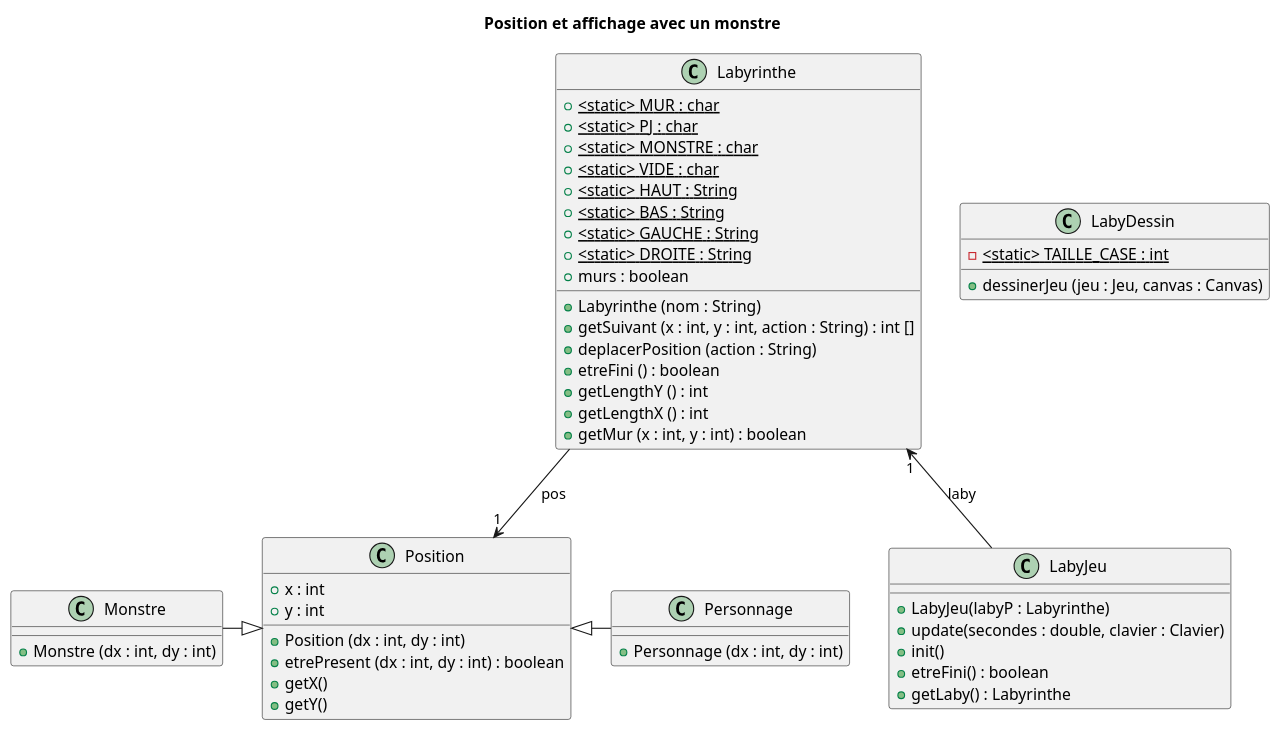
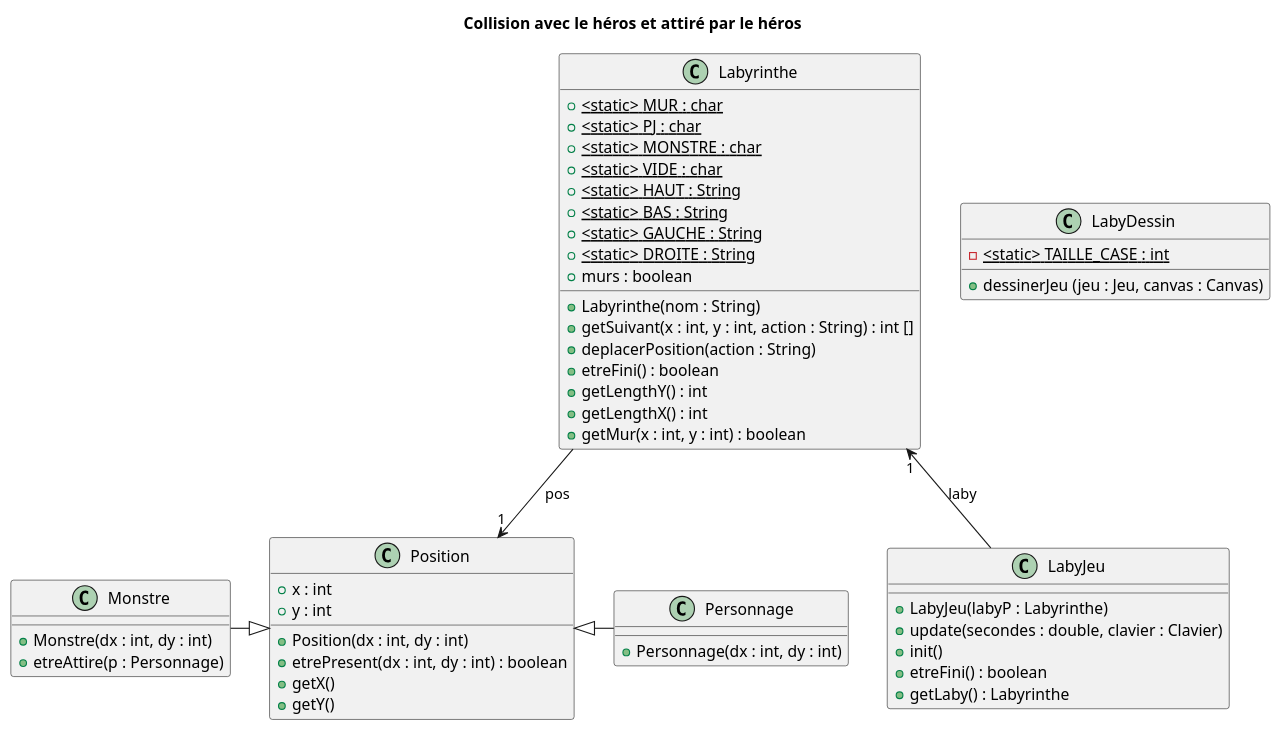
One commit to Hugo-COLLIN/BUT_INFO_S2_2022_Zeldiablo changed the diagram in racine_depot/documents/version_3/diagClass_iter2.puml. Above: the diagram before and after it, drawn with PlantUML.

```diff
--- a/racine_depot/documents/version_3/diagClass_iter2.puml
+++ b/racine_depot/documents/version_3/diagClass_iter2.puml
@@ -1,61 +1,62 @@
 @startuml
-title Position et affichage avec un monstre
+title Collision avec le héros et attiré par le héros
 
 class Labyrinthe {
     + <static> MUR : char {static}
     + <static> PJ : char {static}
     + <static> MONSTRE : char {static}
     + <static> VIDE : char {static}
     + <static> HAUT : String {static}
     + <static> BAS : String {static}
     + <static> GAUCHE : String {static}
     + <static> DROITE : String {static}
     + murs : boolean
 
-    + Labyrinthe (nom : String)
-    + getSuivant (x : int, y : int, action : String) : int []
-    + deplacerPosition (action : String)
-    + etreFini () : boolean
-    + getLengthY () : int
-    + getLengthX () : int
-    + getMur (x : int, y : int) : boolean
+    + Labyrinthe(nom : String)
+    + getSuivant(x : int, y : int, action : String) : int []
+    + deplacerPosition(action : String)
+    + etreFini() : boolean
+    + getLengthY() : int
+    + getLengthX() : int
+    + getMur(x : int, y : int) : boolean
 }
 
 class LabyJeu {
     + LabyJeu(labyP : Labyrinthe)
     + update(secondes : double, clavier : Clavier)
     + init()
     + etreFini() : boolean
     + getLaby() : Labyrinthe
 }
 
 class LabyDessin {
     - <static> TAILLE_CASE : int {static}
     + dessinerJeu (jeu : Jeu, canvas : Canvas)
 }
 
 class Position {
     + x : int
     + y : int
 
-    + Position (dx : int, dy : int)
-    + etrePresent (dx : int, dy : int) : boolean
+    + Position(dx : int, dy : int)
+    + etrePresent(dx : int, dy : int) : boolean
     + getX()
     + getY()
 }
 
 class Personnage {
-    + Personnage (dx : int, dy : int)
+    + Personnage(dx : int, dy : int)
 }
 
 class Monstre {
-    + Monstre (dx : int, dy : int)
+    + Monstre(dx : int, dy : int)
+    + etreAttire(p : Personnage)
 }
 
 Labyrinthe --> Position : pos "1"
 Labyrinthe "1" <-- LabyJeu : laby
 
 Monstre -|> Position
 Personnage -|> Position
 
 @enduml
```
